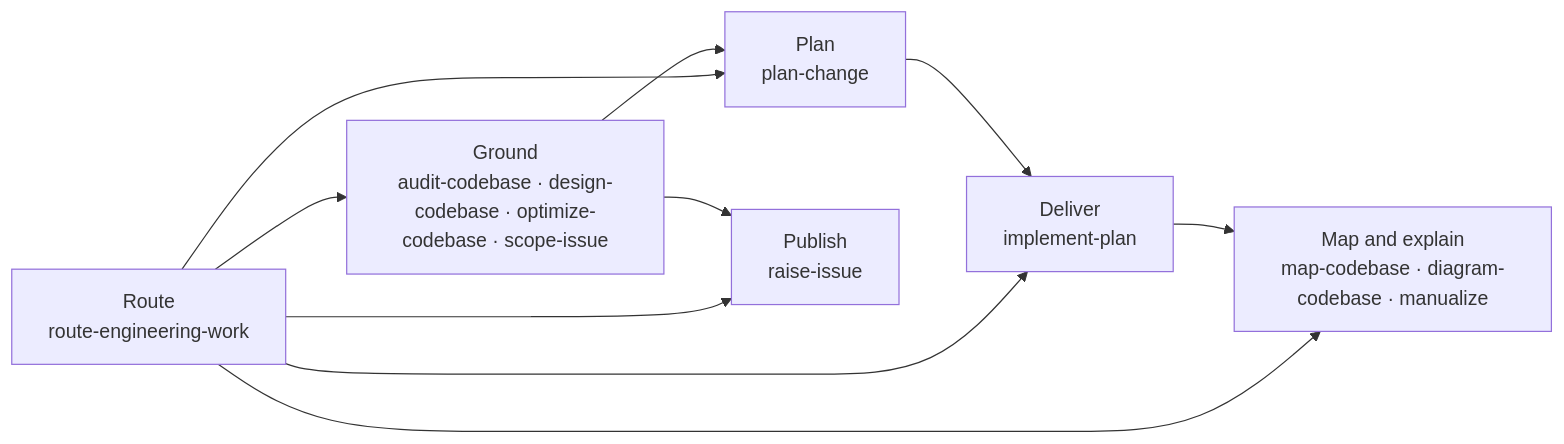
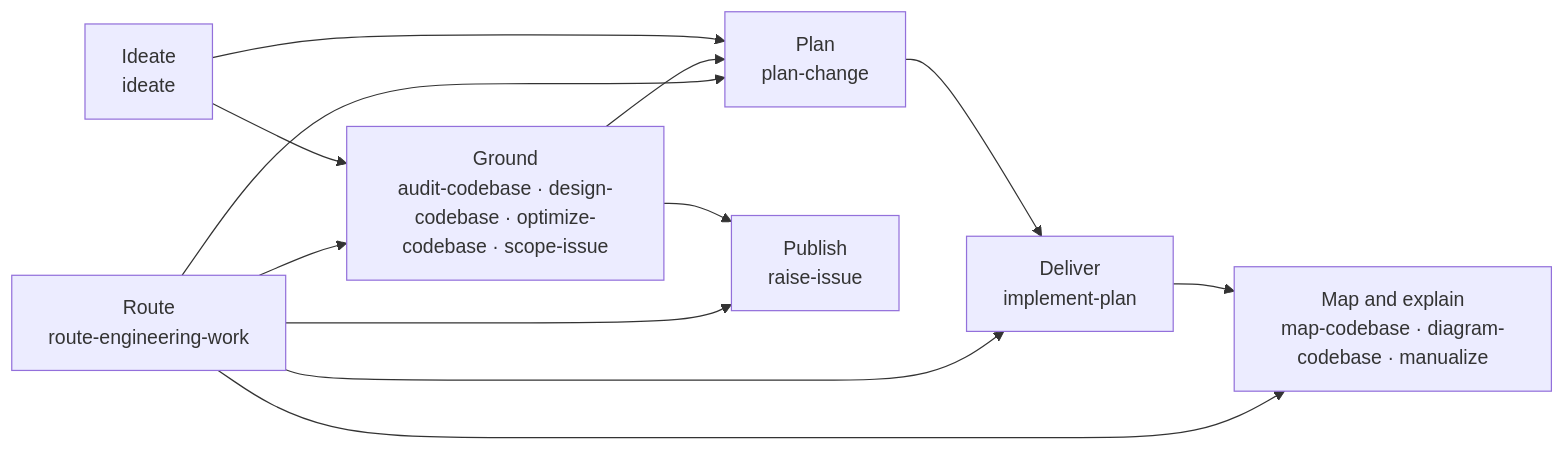
One commit to akshay-diwadkar/skills changed the diagram in README.md. Above: the diagram before and after it, drawn with Mermaid. The commit also changed other lines of this file and 25 other files, not shown here.

````diff
--- a/README.md
+++ b/README.md
@@ -51,17 +57,20 @@
 ```mermaid
 flowchart LR
     R["Route<br/>route-engineering-work"]
     A["Ground<br/>audit-codebase · design-codebase · optimize-codebase · scope-issue"]
     B["Plan<br/>plan-change"]
     C["Deliver<br/>implement-plan"]
     D["Map and explain<br/>map-codebase · diagram-codebase · manualize"]
     P["Publish<br/>raise-issue"]
+    I["Ideate<br/>ideate"]
 
     R --> A
     R --> B
     R --> C
     R --> D
     R --> P
     A --> B --> C --> D
     A --> P
+    I --> A
+    I --> B
 ```
````
